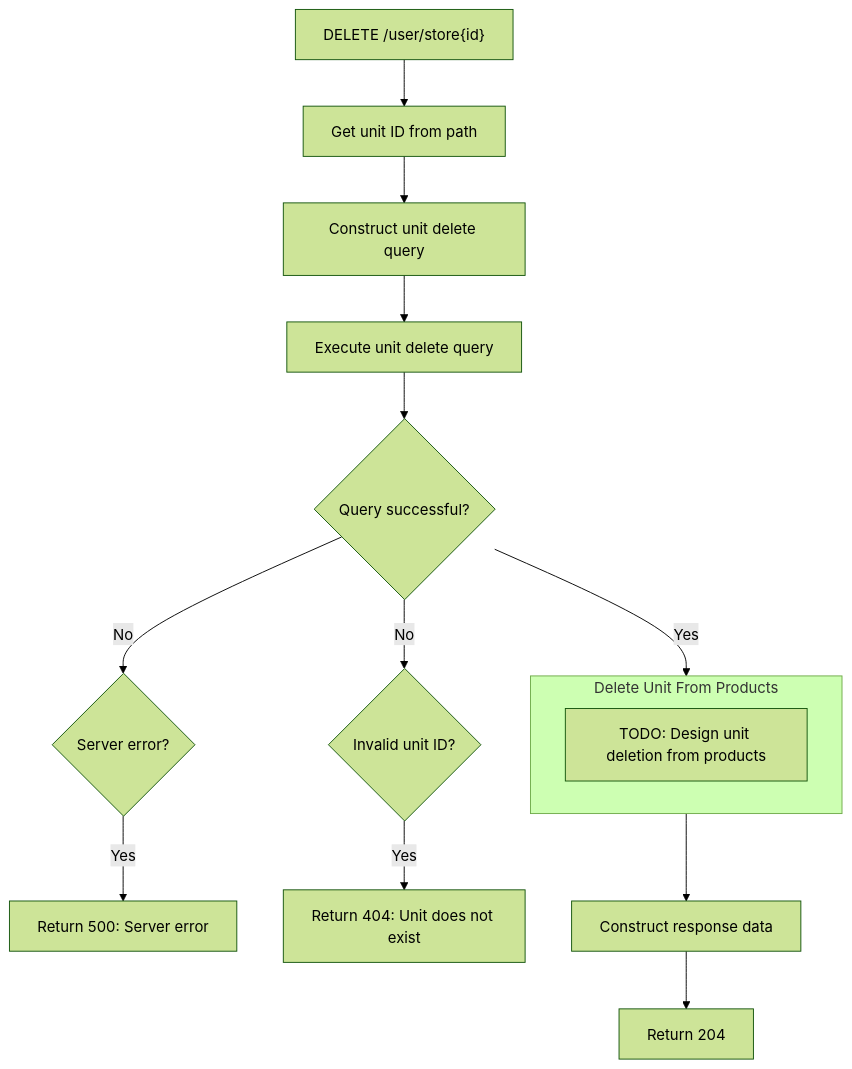
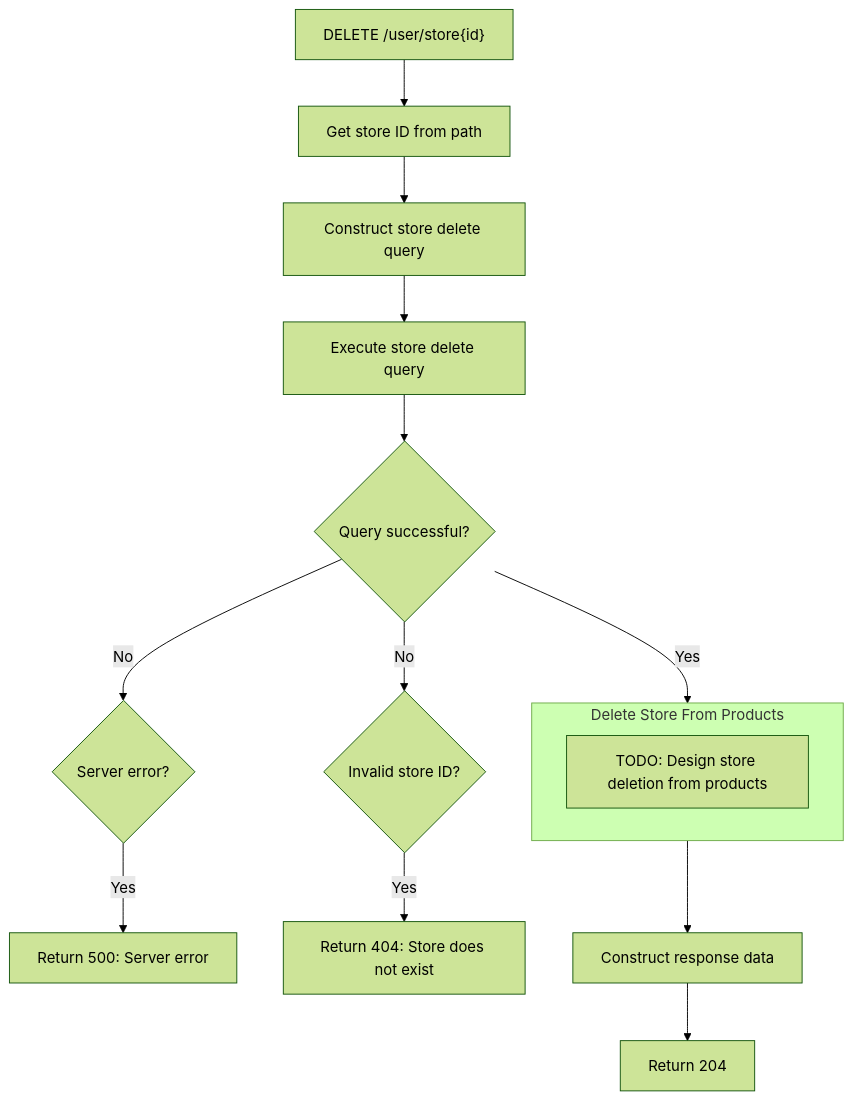
Diagram 12 of 12 in docs/algorithms/paths/users.md (YosepRA/storey-api), drawn with Mermaid (forest theme) before and after one commit. The commit also changed other lines of this file, not shown here.

Commit message:
docs: user store algorithm design

````diff
--- a/docs/algorithms/paths/users.md
+++ b/docs/algorithms/paths/users.md
@@ -302,22 +306,22 @@
 ```mermaid
 flowchart TD
-  editUnit["DELETE /user/store{id}"] --> getIdFromPath[Get unit ID from path]
-  getIdFromPath --> constructQuery[Construct unit delete query]
-  constructQuery --> executeQuery[Execute unit delete query]
+  editStore["DELETE /user/store{id}"] --> getIdFromPath[Get store ID from path]
+  getIdFromPath --> constructQuery[Construct store delete query]
+  constructQuery --> executeQuery[Execute store delete query]
 
   executeQuery --> isQuerySuccessful{Query successful?}
   isQuerySuccessful -->|No| isServerError{Server error?}
   isServerError -->|Yes| returnServerError[Return 500: Server error]
 
-  isQuerySuccessful -->|No| isUnitDoesNotExist{Invalid unit ID?}
-  isUnitDoesNotExist -->|Yes| returnUnitDoesNotExist[Return 404: Unit does not exist]
+  isQuerySuccessful -->|No| isStoreDoesNotExist{Invalid store ID?}
+  isStoreDoesNotExist -->|Yes| returnStoreDoesNotExist[Return 404: Store does not exist]
 
-  isQuerySuccessful -->|Yes| deleteUnitFromProducts
+  isQuerySuccessful -->|Yes| deleteStoreFromProducts
 
-  subgraph deleteUnitFromProducts [Delete Unit From Products]
-    A[TODO: Design unit deletion from products]
+  subgraph deleteStoreFromProducts [Delete Store From Products]
+    A[TODO: Design store deletion from products]
   end
 
-  deleteUnitFromProducts --> constructResponseData[Construct response data]
+  deleteStoreFromProducts --> constructResponseData[Construct response data]
   constructResponseData --> returnSuccessfulQuery[Return 204]
 ```
````
